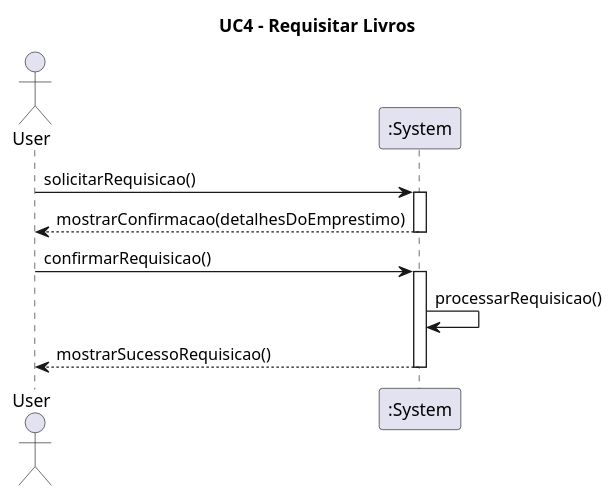
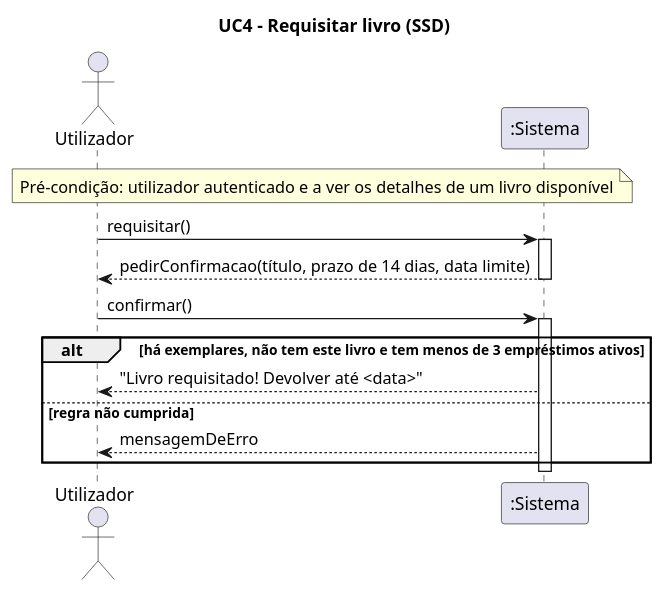
Before and after one commit to Diogo-29/DSSMV_ProjectDroid_1240632_1240857: the diagram in app/docs/UCs/UC4-SSD.puml, drawn with PlantUML. The commit also changed 72 other files, not shown here.

```diff
--- a/app/docs/UCs/UC4-SSD.puml
+++ b/app/docs/UCs/UC4-SSD.puml
@@ -1,22 +1,20 @@
 @startuml
+title UC4 - Requisitar livro (SSD)
 
-title UC4 - Requisitar Livros
+actor "Utilizador" as U
+participant ":Sistema" as S
 
-actor User
-participant ":System" as System
-
-User -> System: solicitarRequisicao()
-activate System
-
-    System --> User: mostrarConfirmacao(detalhesDoEmprestimo)
-deactivate System
-
-User -> System: confirmarRequisicao()
-activate System
-
-    System -> System: processarRequisicao()
-
-    System --> User: mostrarSucessoRequisicao()
-deactivate System
-
+note over U, S: Pré-condição: utilizador autenticado e a ver os detalhes de um livro disponível
+U -> S: requisitar()
+activate S
+S --> U: pedirConfirmacao(título, prazo de 14 dias, data limite)
+deactivate S
+U -> S: confirmar()
+activate S
+alt há exemplares, não tem este livro e tem menos de 3 empréstimos ativos
+  S --> U: "Livro requisitado! Devolver até <data>"
+else regra não cumprida
+  S --> U: mensagemDeErro
+end
+deactivate S
 @enduml
```
